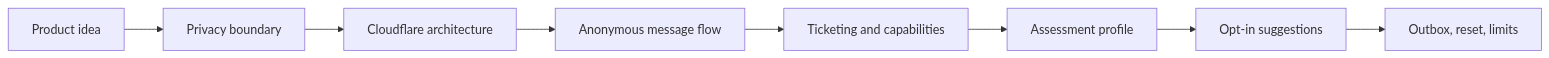
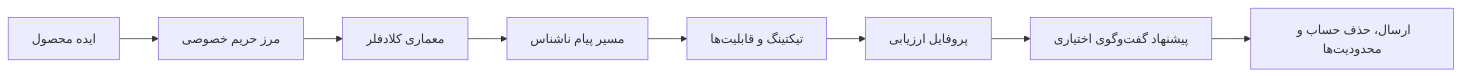
Before and after one commit to mohetios/mohetios.dev: the first of 8 diagrams in content/fa/lab/anonymous-messaging-on-the-edge.md, drawn with Mermaid. The commit also changed other lines of this file and 1 other file, not shown here.

````diff
--- a/content/fa/lab/anonymous-messaging-on-the-edge.md
+++ b/content/fa/lab/anonymous-messaging-on-the-edge.md
@@ -53,10 +53,10 @@
 ```mermaid
 flowchart LR
-  Idea[Product idea] --> Boundary[Privacy boundary]
-  Boundary --> Architecture[Cloudflare architecture]
-  Architecture --> MessageFlow[Anonymous message flow]
-  MessageFlow --> Ticketing[Ticketing and capabilities]
-  Ticketing --> Assessment[Assessment profile]
-  Assessment --> Matching[Opt-in suggestions]
-  Matching --> Ops[Outbox, reset, limits]
+  Idea[ایده محصول] --> Boundary[مرز حریم خصوصی]
+  Boundary --> Architecture[معماری کلادفلر]
+  Architecture --> MessageFlow[مسیر پیام ناشناس]
+  MessageFlow --> Ticketing[تیکتینگ و قابلیت‌ها]
+  Ticketing --> Assessment[پروفایل ارزیابی]
+  Assessment --> Matching[پیشنهاد گفت‌وگوی اختیاری]
+  Matching --> Ops[ارسال، حذف حساب و محدودیت‌ها]
 ```
````
